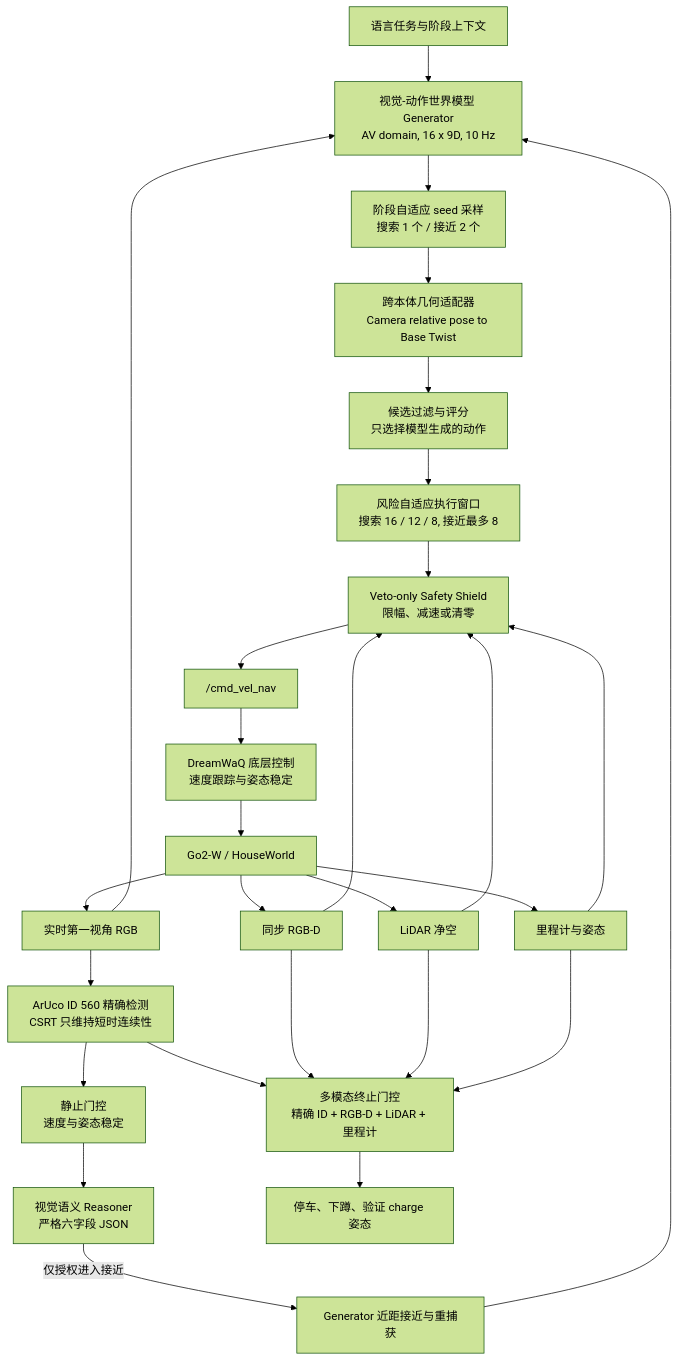
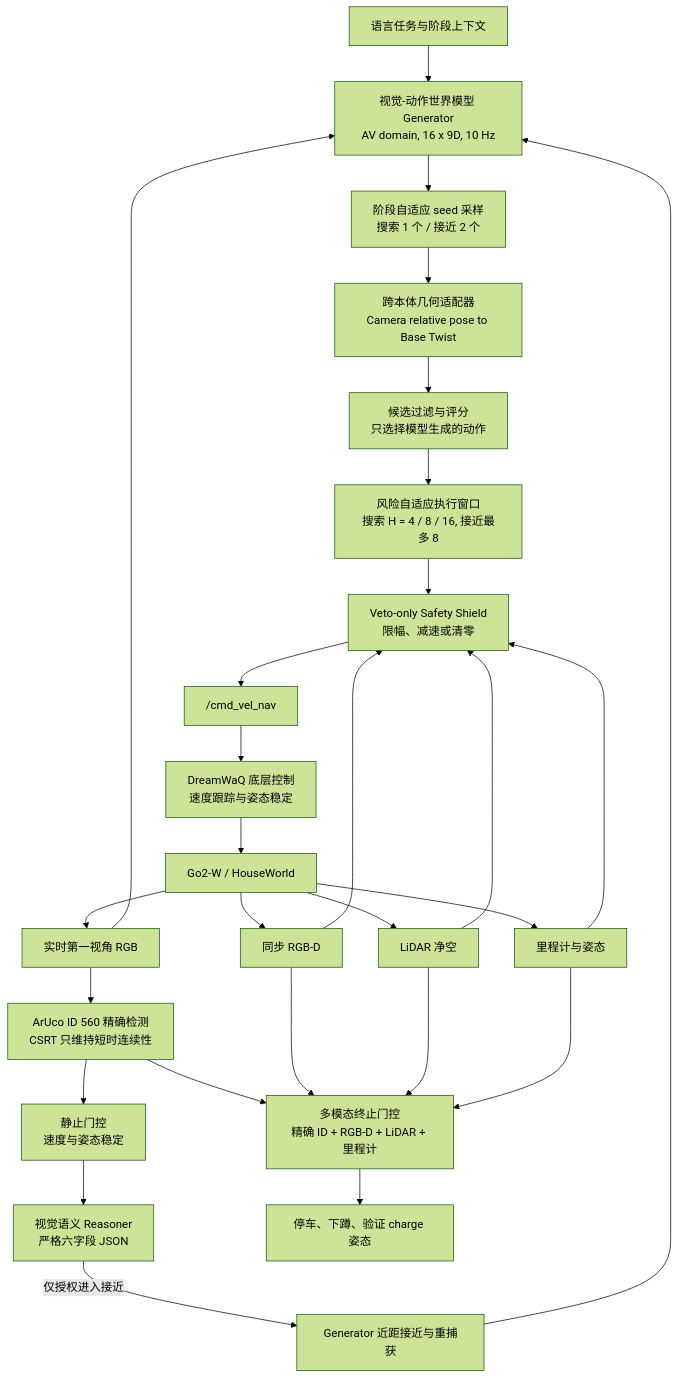
Before and after one commit to vigorlee/wave-go: the first of 2 diagrams in README.md, drawn with Mermaid (forest theme). The commit also changed other lines of this file and 240 other files, not shown here.

````diff
--- a/README.md
+++ b/README.md
@@ -22,48 +22,48 @@
 ```mermaid
 flowchart TD
     TASK[语言任务与阶段上下文]
     RGB[实时第一视角 RGB]
     DEPTH[同步 RGB-D]
     LIDAR[LiDAR 净空]
     ODOM[里程计与姿态]
 
     GEN[视觉-动作世界模型 Generator<br/>AV domain, 16 x 9D, 10 Hz]
     SEEDS[阶段自适应 seed 采样<br/>搜索 1 个 / 接近 2 个]
     ADAPTER[跨本体几何适配器<br/>Camera relative pose to Base Twist]
     RANK[候选过滤与评分<br/>只选择模型生成的动作]
-    WINDOW[风险自适应执行窗口<br/>搜索 16 / 12 / 8, 接近最多 8]
+    WINDOW[风险自适应执行窗口<br/>搜索 H = 4 / 8 / 16, 接近最多 8]
     SHIELD[Veto-only Safety Shield<br/>限幅、减速或清零]
     CMD["/cmd_vel_nav"]
     LOW[DreamWaQ 底层控制<br/>速度跟踪与姿态稳定]
     ROBOT[Go2-W / HouseWorld]
 
     MARKER[ArUco ID 560 精确检测<br/>CSRT 只维持短时连续性]
     STOP[静止门控<br/>速度与姿态稳定]
     REASONER[视觉语义 Reasoner<br/>严格六字段 JSON]
     APPROACH[Generator 近距接近与重捕获]
     VERIFY[多模态终止门控<br/>精确 ID + RGB-D + LiDAR + 里程计]
     CHARGE[停车、下蹲、验证 charge 姿态]
 
     TASK --> GEN
     RGB --> GEN
     GEN --> SEEDS --> ADAPTER --> RANK --> WINDOW --> SHIELD --> CMD --> LOW --> ROBOT
 
     ROBOT --> RGB
     ROBOT --> DEPTH
     ROBOT --> LIDAR
     ROBOT --> ODOM
 
     RGB --> MARKER
     MARKER --> STOP --> REASONER
     REASONER -->|仅授权进入接近| APPROACH
     APPROACH --> GEN
     MARKER --> VERIFY
     DEPTH --> VERIFY
     LIDAR --> VERIFY
     ODOM --> VERIFY
     VERIFY --> CHARGE
 
     DEPTH --> SHIELD
     LIDAR --> SHIELD
     ODOM --> SHIELD
 ```
````
